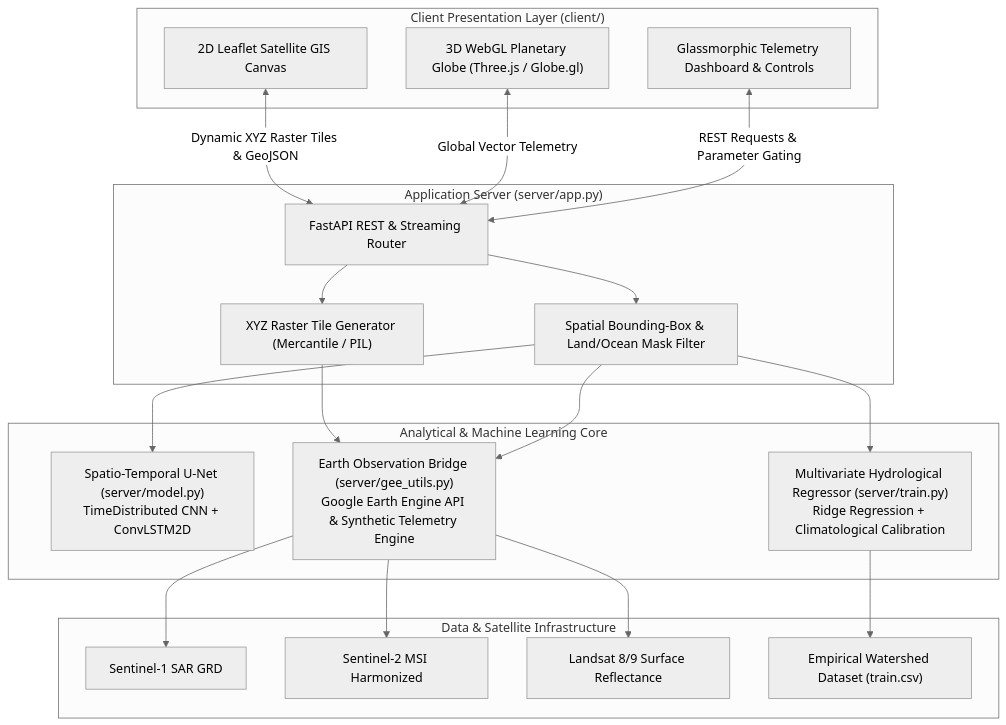
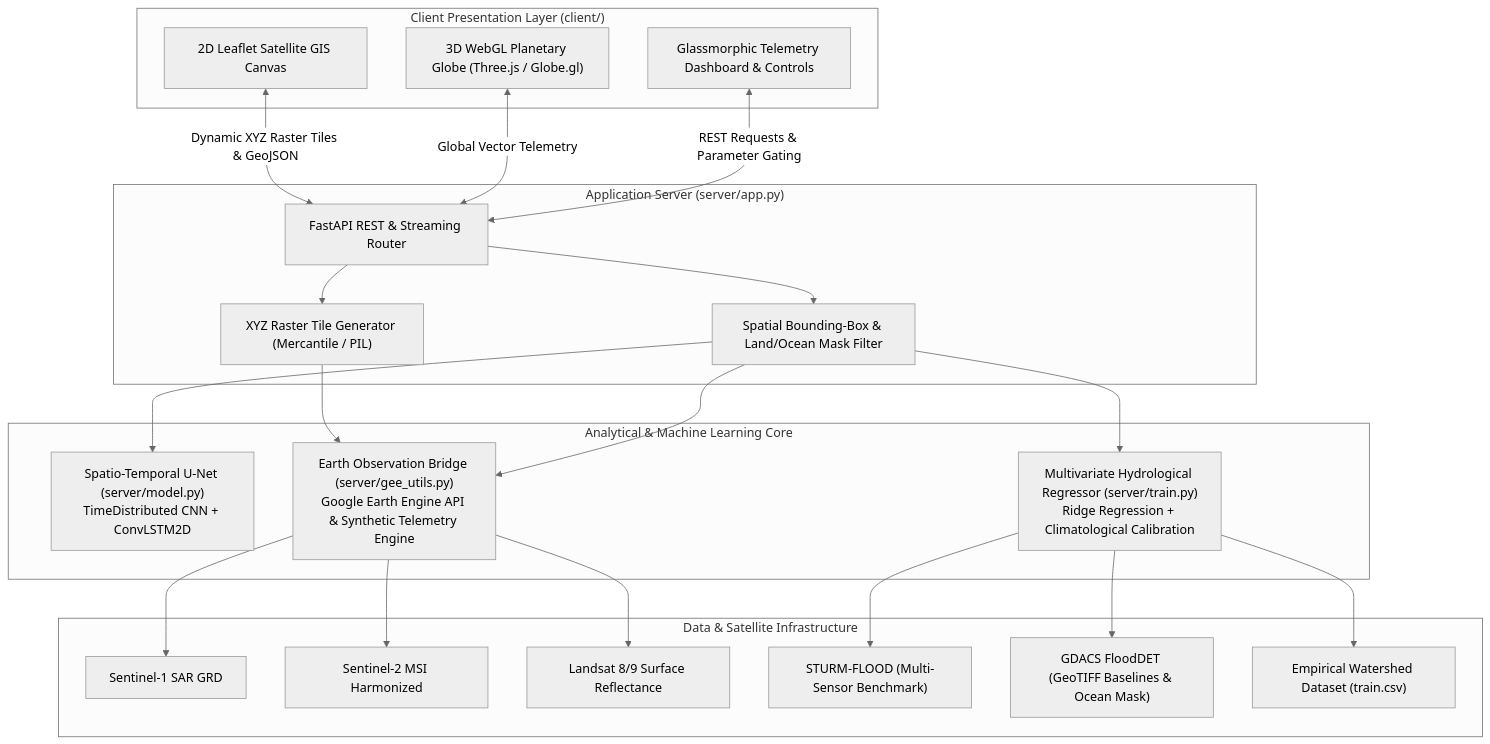
Before and after one commit to xylium117/ecopulse: the diagram in README.md, drawn with Mermaid (neutral theme). The commit also changed other lines of this file, not shown here.

Commit message:
docs: add STURM-FLOOD and GDACS FloodDET data sources to architecture and documentation

````diff
--- a/README.md
+++ b/README.md
@@ -125,44 +125,48 @@
 ```mermaid
 graph TD
     subgraph Client ["Client Presentation Layer (client/)"]
         UI2D["2D Leaflet Satellite GIS Canvas"]
         UI3D["3D WebGL Planetary Globe (Three.js / Globe.gl)"]
         HUD["Glassmorphic Telemetry Dashboard & Controls"]
     end
 
     subgraph API ["Application Server (server/app.py)"]
         Router["FastAPI REST & Streaming Router"]
         TileEngine["XYZ Raster Tile Generator (Mercantile / PIL)"]
         ViewportFilter["Spatial Bounding-Box & Land/Ocean Mask Filter"]
     end
 
     subgraph Analytics ["Analytical & Machine Learning Core"]
         UNet["Spatio-Temporal U-Net (server/model.py)<br/>TimeDistributed CNN + ConvLSTM2D"]
         Hydro["Multivariate Hydrological Regressor (server/train.py)<br/>Ridge Regression + Climatological Calibration"]
         GEE["Earth Observation Bridge (server/gee_utils.py)<br/>Google Earth Engine API & Synthetic Telemetry Engine"]
     end
 
     subgraph Data ["Data & Satellite Infrastructure"]
         S1["Sentinel-1 SAR GRD"]
         S2["Sentinel-2 MSI Harmonized"]
         L8["Landsat 8/9 Surface Reflectance"]
+        STURM["STURM-FLOOD (Multi-Sensor Benchmark)"]
+        GDACS["GDACS FloodDET (GeoTIFF Baselines & Ocean Mask)"]
         CSV["Empirical Watershed Dataset (train.csv)"]
     end
 
     UI2D <-->|Dynamic XYZ Raster Tiles & GeoJSON| Router
     UI3D <-->|Global Vector Telemetry| Router
     HUD <-->|REST Requests & Parameter Gating| Router
 
     Router --> TileEngine
     Router --> ViewportFilter
 
     TileEngine --> GEE
     ViewportFilter --> UNet
     ViewportFilter --> Hydro
     ViewportFilter --> GEE
 
     GEE --> S1
     GEE --> S2
     GEE --> L8
     Hydro --> CSV
+    Hydro --> STURM
+    Hydro --> GDACS
 ```
````
